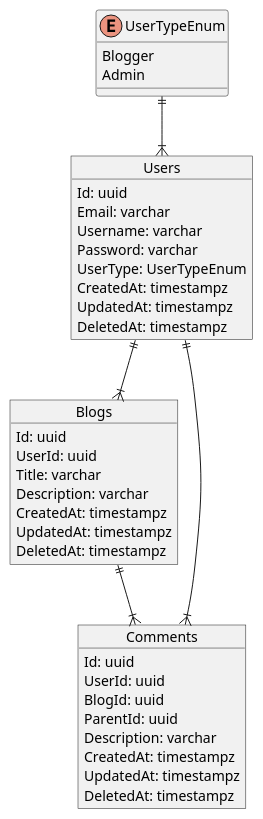
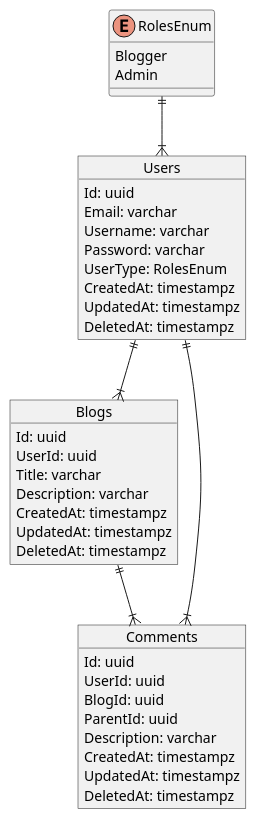
One commit to kelvinlee0225/blogmaster changed the diagram in database-structure.md. Above: the diagram before and after it, drawn with PlantUML. The commit also changed 3 other files, not shown here.

```diff
--- a/database-structure.md
+++ b/database-structure.md
@@ -1,45 +1,45 @@
 @startuml
 
 object Users {
 Id: uuid
 Email: varchar
 Username: varchar
 Password: varchar
-UserType: UserTypeEnum
+UserType: RolesEnum
 CreatedAt: timestampz
 UpdatedAt: timestampz
 DeletedAt: timestampz
 }
 
-enum UserTypeEnum {
+enum RolesEnum {
 Blogger
 Admin
 }
 
 object Blogs {
 Id: uuid
 UserId: uuid
 Title: varchar
 Description: varchar
 CreatedAt: timestampz
 UpdatedAt: timestampz
 DeletedAt: timestampz
 }
 
 object Comments {
 Id: uuid
 UserId: uuid
 BlogId: uuid
 ParentId: uuid
 Description: varchar
 CreatedAt: timestampz
 UpdatedAt: timestampz
 DeletedAt: timestampz
 }
 
 Users ||--|{ Blogs
 Users ||--|{ Comments
 Blogs ||--|{ Comments
-UserTypeEnum ||--|{ Users
+RolesEnum ||--|{ Users
 
 @enduml
```
